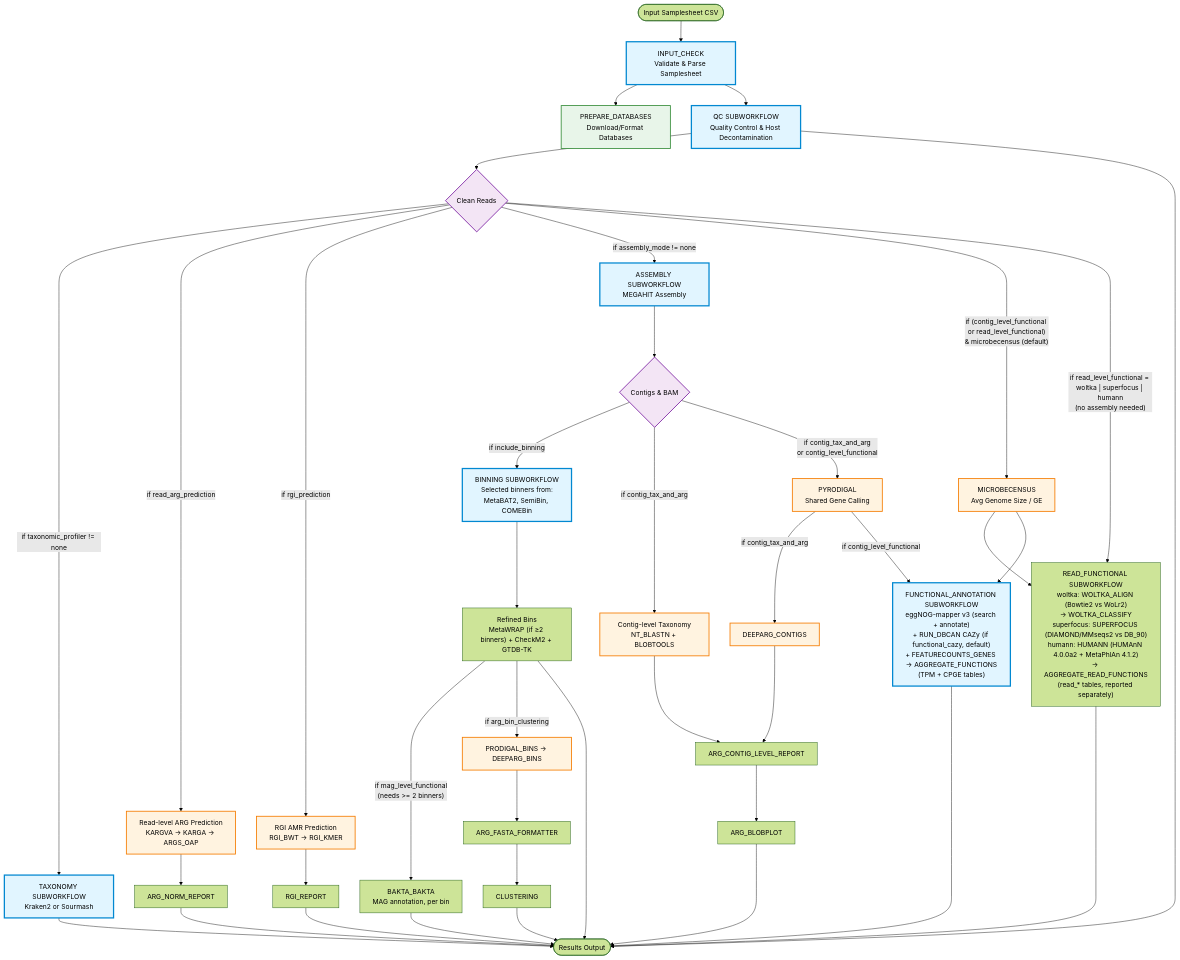
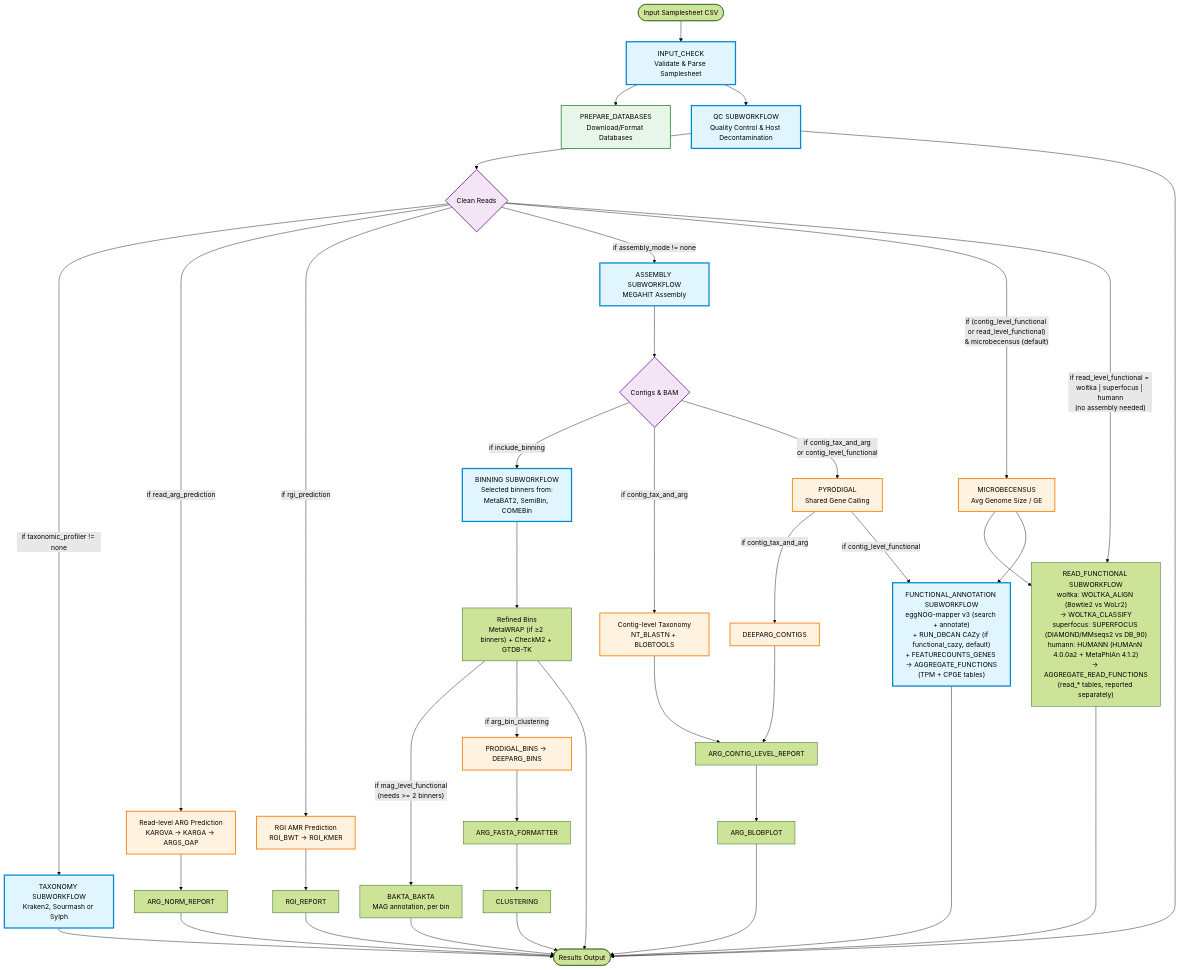
The first of 8 diagrams in docs/WORKFLOW_DIAGRAM.md (gene2dis/BugBuster), drawn with Mermaid (forest theme) before and after one commit. The commit also changed other lines of this file and 46 other files, not shown here.

````diff
--- a/docs/WORKFLOW_DIAGRAM.md
+++ b/docs/WORKFLOW_DIAGRAM.md
@@ -10,74 +10,74 @@
 ```mermaid
 flowchart TD
     Start([Input Samplesheet CSV]) --> InputCheck[INPUT_CHECK<br/>Validate & Parse Samplesheet]
     
     InputCheck --> PrepDB[PREPARE_DATABASES<br/>Download/Format Databases]
     InputCheck --> QC
     
     %% Quality Control Branch
     QC[QC SUBWORKFLOW<br/>Quality Control & Host Decontamination] --> CleanReads{Clean Reads}
     
     %% Taxonomy Branch
-    CleanReads -->|if taxonomic_profiler != none| Taxonomy[TAXONOMY SUBWORKFLOW<br/>Kraken2 or Sourmash]
+    CleanReads -->|if taxonomic_profiler != none| Taxonomy[TAXONOMY SUBWORKFLOW<br/>Kraken2, Sourmash or Sylph]
     
     %% Read-level ARG Branch
     CleanReads -->|if read_arg_prediction| ReadARG[Read-level ARG Prediction<br/>KARGVA → KARGA → ARGS_OAP]
     ReadARG --> ARGNorm[ARG_NORM_REPORT]
 
     %% RGI Branch
     CleanReads -->|if rgi_prediction| RGI[RGI AMR Prediction<br/>RGI_BWT → RGI_KMER]
     RGI --> RGIReport[RGI_REPORT]
     
     %% Assembly Branch
     CleanReads -->|if assembly_mode != none| Assembly[ASSEMBLY SUBWORKFLOW<br/>MEGAHIT Assembly]
     
     Assembly --> Contigs{Contigs & BAM}
     
     %% Binning Branch
     Contigs -->|if include_binning| Binning[BINNING SUBWORKFLOW<br/>Selected binners from:<br/>MetaBAT2, SemiBin, COMEBin]
     Binning --> RefinedBins["Refined Bins<br/>MetaWRAP (if ≥2 binners) + CheckM2 + GTDB-TK"]
     
     %% Contig-level Analysis Branch
     Contigs -->|if contig_tax_and_arg| ContigTax[Contig-level Taxonomy<br/>NT_BLASTN + BLOBTOOLS]
     Contigs -->|"if contig_tax_and_arg<br/>or contig_level_functional"| Pyrodigal[PYRODIGAL<br/>Shared Gene Calling]
     Pyrodigal -->|if contig_tax_and_arg| ContigARG[DEEPARG_CONTIGS]
     ContigTax --> ARGContigReport
     ContigARG --> ARGContigReport[ARG_CONTIG_LEVEL_REPORT]
     ARGContigReport --> ARGBlobplot[ARG_BLOBPLOT]
 
     %% Functional Annotation Branch
     CleanReads -->|"if (contig_level_functional or read_level_functional)<br/>& microbecensus (default)"| MicrobeCensus[MICROBECENSUS<br/>Avg Genome Size / GE]
     CleanReads -->|"if read_level_functional = woltka | superfocus | humann<br/>(no assembly needed)"| ReadFunctional["READ_FUNCTIONAL SUBWORKFLOW<br/>woltka: WOLTKA_ALIGN (Bowtie2 vs WoLr2)<br/>→ WOLTKA_CLASSIFY<br/>superfocus: SUPERFOCUS (DIAMOND/MMseqs2 vs DB_90)<br/>humann: HUMANN (HUMAnN 4.0.0a2 + MetaPhlAn 4.1.2)<br/>→ AGGREGATE_READ_FUNCTIONS<br/>(read_* tables, reported separately)"]
     MicrobeCensus --> ReadFunctional
     Pyrodigal -->|if contig_level_functional| Functional["FUNCTIONAL_ANNOTATION SUBWORKFLOW<br/>eggNOG-mapper v3 (search + annotate)<br/>+ RUN_DBCAN CAZy (if functional_cazy, default)<br/>+ FEATURECOUNTS_GENES → AGGREGATE_FUNCTIONS<br/>(TPM + CPGE tables)"]
     MicrobeCensus --> Functional
     RefinedBins -->|"if mag_level_functional<br/>(needs >= 2 binners)"| Bakta[BAKTA_BAKTA<br/>MAG annotation, per bin]
 
     %% Bin ARG Clustering Branch
     RefinedBins -->|if arg_bin_clustering| BinARG[PRODIGAL_BINS → DEEPARG_BINS]
     BinARG --> ARGFormat[ARG_FASTA_FORMATTER]
     ARGFormat --> Clustering[CLUSTERING]
     
     %% End
     QC --> End([Results Output])
     Taxonomy --> End
     ARGNorm --> End
     RGIReport --> End
     ARGBlobplot --> End
     Clustering --> End
     Functional --> End
     ReadFunctional --> End
     Bakta --> End
     RefinedBins --> End
 
     %% Styling
     classDef subworkflow fill:#e1f5ff,stroke:#0288d1,stroke-width:3px
     classDef module fill:#fff3e0,stroke:#f57c00,stroke-width:2px
     classDef decision fill:#f3e5f5,stroke:#7b1fa2,stroke-width:2px
     classDef database fill:#e8f5e9,stroke:#388e3c,stroke-width:2px
     
     class InputCheck,QC,Taxonomy,Assembly,Binning,Functional subworkflow
     class ReadARG,RGI,ContigTax,ContigARG,BinARG,Pyrodigal,MicrobeCensus module
     class CleanReads,Contigs decision
     class PrepDB database
 ```
````
